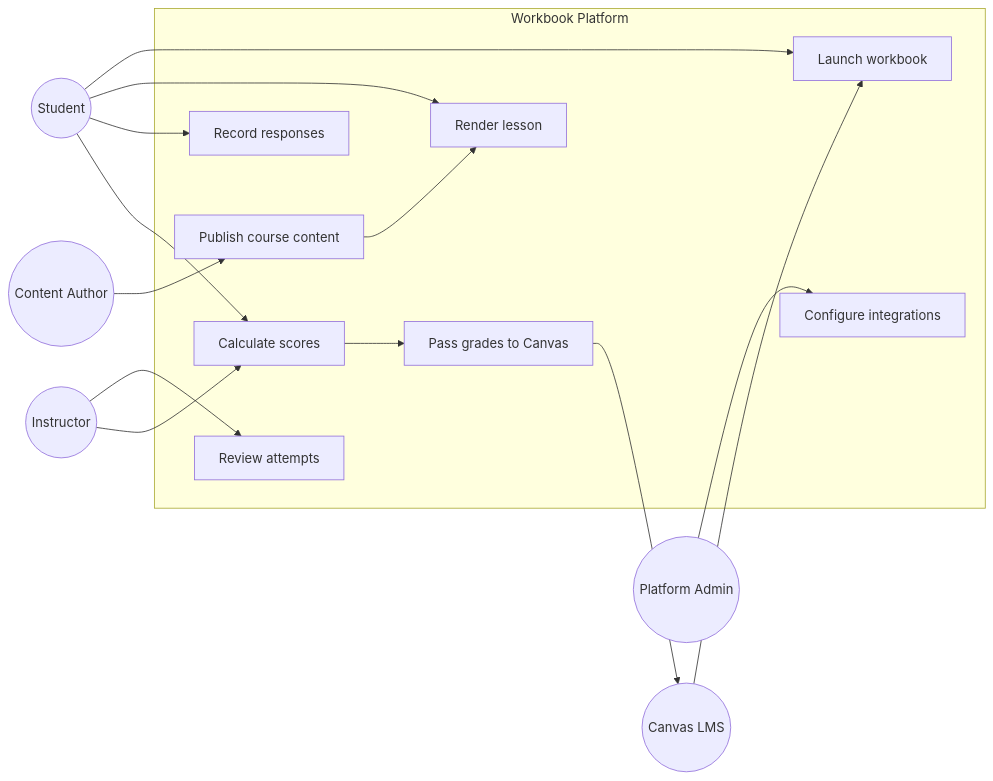
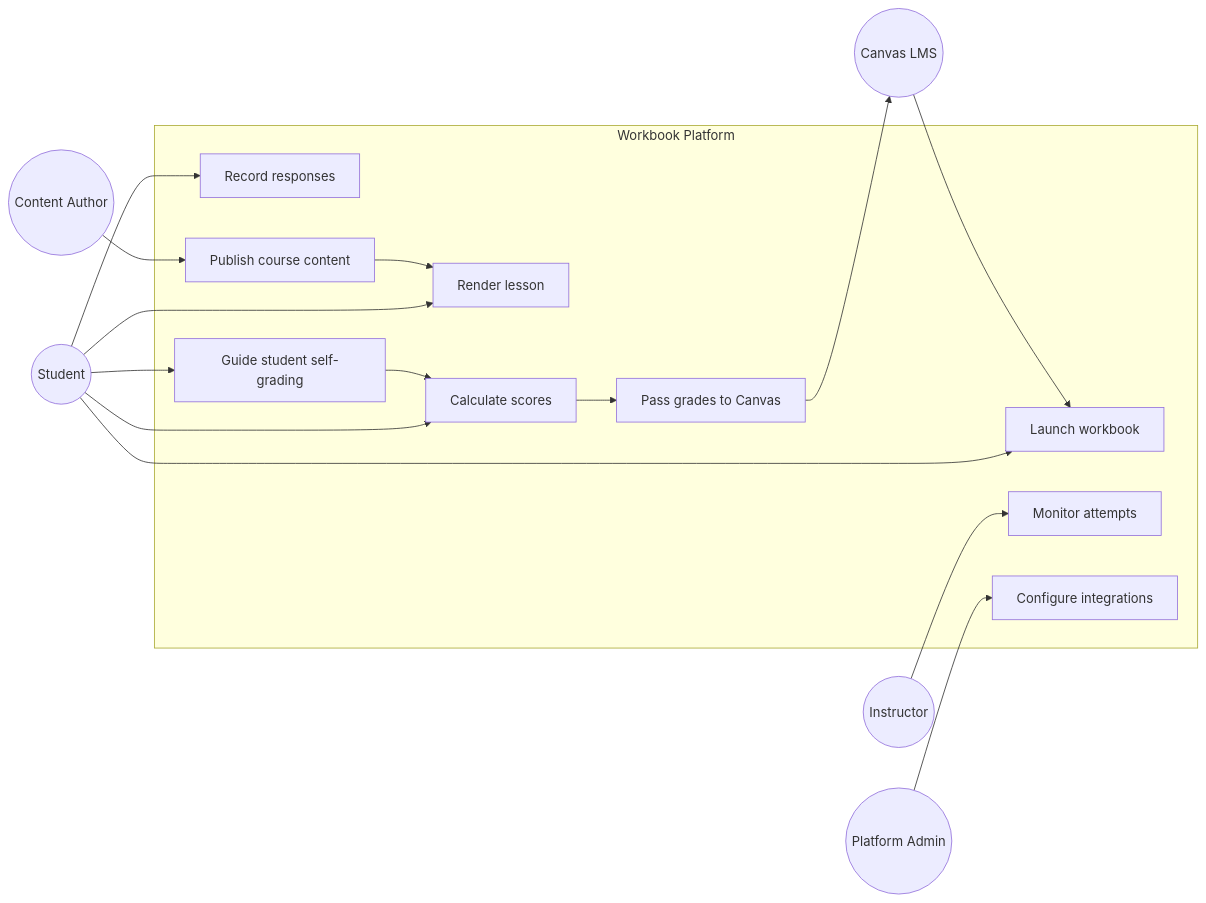
Before and after one commit to learn-database/workbook-platform: the seventh of 8 diagrams in docs/design/use-cases.md, drawn with Mermaid. The commit also changed other lines of this file and 5 other files, not shown here.

Commit message:
Make grading model self-guided

````diff
--- a/docs/design/use-cases.md
+++ b/docs/design/use-cases.md
@@ -119,35 +121,37 @@
 ```mermaid
 flowchart LR
     Student((Student))
     Instructor((Instructor))
     Author((Content Author))
     Admin((Platform Admin))
     Canvas((Canvas LMS))
 
     subgraph Platform[Workbook Platform]
         UC_Launch[Launch workbook]
         UC_Render[Render lesson]
         UC_Respond[Record responses]
         UC_Score[Calculate scores]
+        UC_SelfGrade[Guide student self-grading]
         UC_Passback[Pass grades to Canvas]
-        UC_Review[Review attempts]
+        UC_Review[Monitor attempts]
         UC_Publish[Publish course content]
         UC_Admin[Configure integrations]
     end
 
     Student --> UC_Launch
     Student --> UC_Render
     Student --> UC_Respond
+    Student --> UC_SelfGrade
     Student --> UC_Score
 
     Instructor --> UC_Review
-    Instructor --> UC_Score
 
     Author --> UC_Publish
     Admin --> UC_Admin
 
     Canvas --> UC_Launch
     UC_Passback --> Canvas
+    UC_SelfGrade --> UC_Score
     UC_Score --> UC_Passback
     UC_Publish --> UC_Render
 ```
````
